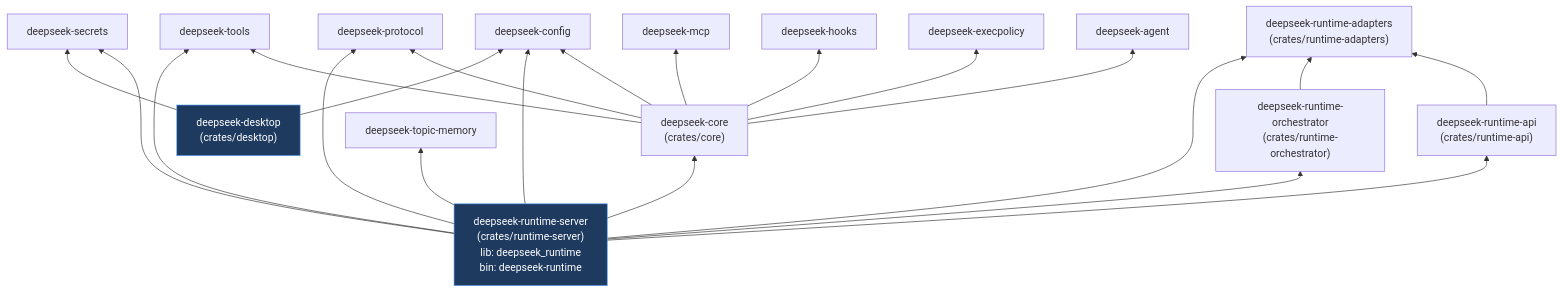
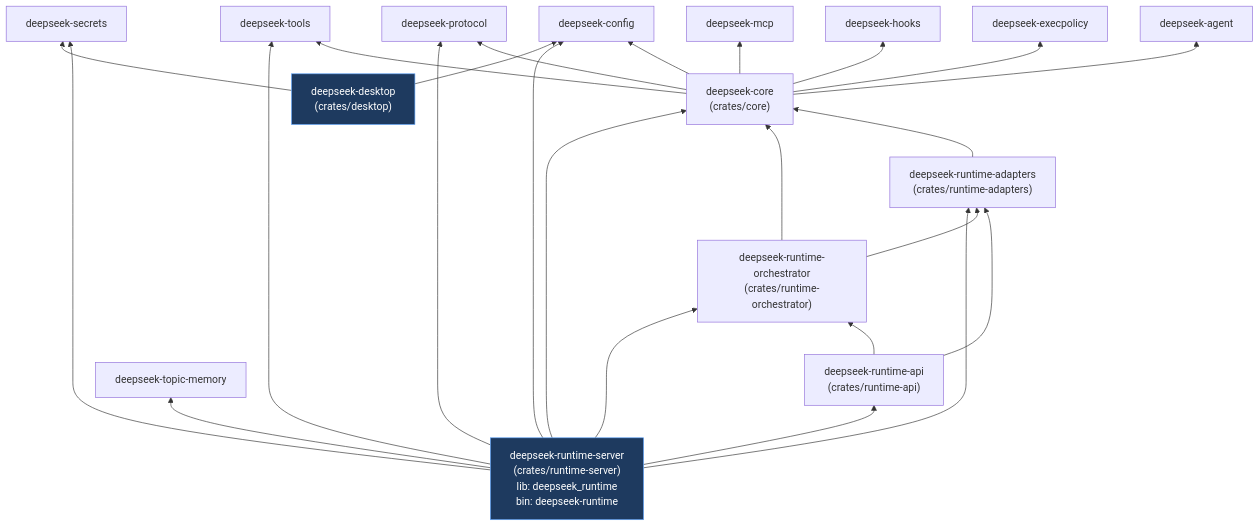
Before and after one commit to didclawapp-ai/zagens: the fourth of 6 diagrams in docs/tech/RUNTIME_ARCHITECTURE.md, drawn with Mermaid. The commit also changed other lines of this file and 51 other files, not shown here.

First line of the commit message:
docs(arch): align RUNTIME_ARCHITECTURE with D16/D17 code

````diff
--- a/docs/tech/RUNTIME_ARCHITECTURE.md
+++ b/docs/tech/RUNTIME_ARCHITECTURE.md
@@ -215,44 +336,47 @@
 ```mermaid
 flowchart BT
     DESK["deepseek-desktop<br/>(crates/desktop)"]
     RT["deepseek-runtime-server<br/>(crates/runtime-server)<br/>lib: deepseek_runtime<br/>bin: deepseek-runtime"]
     RTAPI["deepseek-runtime-api<br/>(crates/runtime-api)"]
     RTO["deepseek-runtime-orchestrator<br/>(crates/runtime-orchestrator)"]
     RTAD["deepseek-runtime-adapters<br/>(crates/runtime-adapters)"]
     CORE["deepseek-core<br/>(crates/core)"]
     TM["deepseek-topic-memory"]
     PROTO["deepseek-protocol"]
     CFG["deepseek-config"]
     SEC["deepseek-secrets"]
     TOOLS["deepseek-tools"]
     AGENT["deepseek-agent"]
     EXEC["deepseek-execpolicy"]
     HOOKS["deepseek-hooks"]
     MCP["deepseek-mcp"]
 
     DESK --> CFG
     DESK --> SEC
 
     RT --> RTAPI
     RT --> RTO
     RT --> RTAD
     RT --> CORE
     RT --> CFG
     RT --> SEC
     RT --> PROTO
     RT --> TOOLS
     RT --> TM
     RTO --> RTAD
+    RTO --> CORE
     RTAPI --> RTAD
+    RTAPI --> RTO
+    RTAD --> CORE
 
     CORE --> AGENT
     CORE --> CFG
     CORE --> EXEC
     CORE --> HOOKS
     CORE --> MCP
     CORE --> PROTO
     CORE --> TOOLS
 
     classDef product fill:#1e3a5f,stroke:#60a5fa,color:#fff
     class DESK,RT product
 ```
````
